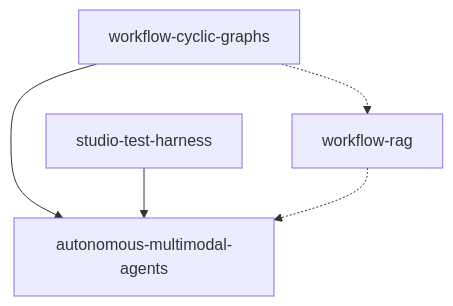
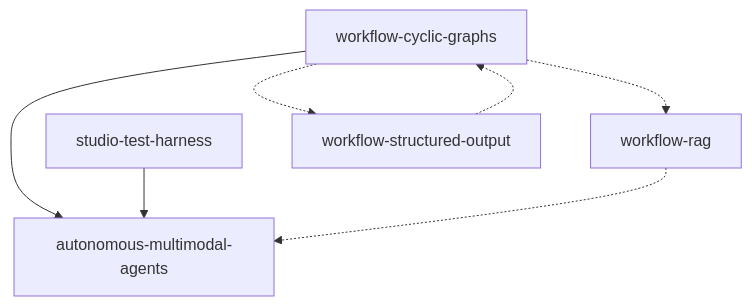
Before and after one commit to digitalelvis/neuronai-studio: the diagram in .specs/project/ROADMAP.md, drawn with Mermaid. The commit also changed other lines of this file and 14 other files, not shown here.

First line of the commit message:
feat(workflows): add structured output backend executors (phase 3)

````diff
--- a/.specs/project/ROADMAP.md
+++ b/.specs/project/ROADMAP.md
@@ -63,12 +68,15 @@
 ```mermaid
 flowchart TD
     CG[workflow-cyclic-graphs]
     AMA[autonomous-multimodal-agents]
     RAG[workflow-rag]
     STH[studio-test-harness]
+    SO[workflow-structured-output]
 
     CG --> AMA
     STH --> AMA
     RAG -.-> AMA
     CG -.-> RAG
+    CG -.-> SO
+    SO -.-> CG
 ```
````
